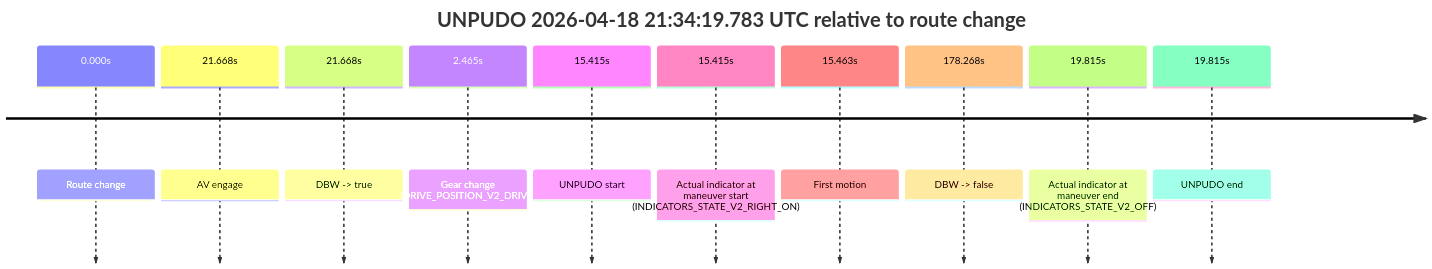
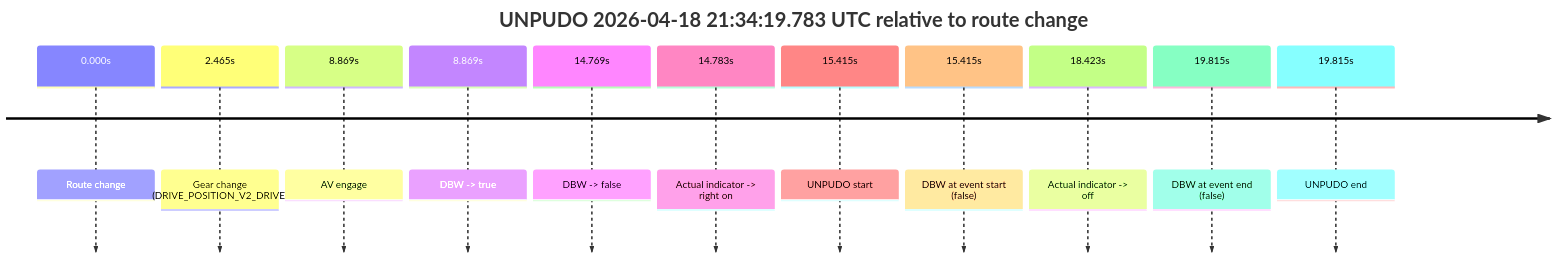
One commit to yoelshapiro/vault changed the second of 3 diagrams in model_analysis/report_cards/2026/04/Week-3/fme20018--2026-04-18--20-42-56--gen2-av-af145dd8-fa51-47ca-aac1-2b720e2d7a5c.md. Above: the diagram before and after it, drawn with Mermaid. The commit also changed other lines of this file and 41 other files, not shown here.

````diff
--- a/model_analysis/report_cards/2026/04/Week-3/fme20018--2026-04-18--20-42-56--gen2-av-af145dd8-fa51-47ca-aac1-2b720e2d7a5c.md
+++ b/model_analysis/report_cards/2026/04/Week-3/fme20018--2026-04-18--20-42-56--gen2-av-af145dd8-fa51-47ca-aac1-2b720e2d7a5c.md
@@ -473,14 +141,15 @@
 ```mermaid
 timeline
     title UNPUDO 2026-04-18 21:34:19.783 UTC relative to route change
     0.000s : Route change
-    21.668s : AV engage
-    21.668s : DBW -> true
     2.465s : Gear change (DRIVE_POSITION_V2_DRIVE)
+    8.869s : AV engage
+    8.869s : DBW -> true
+    14.769s : DBW -> false
+    14.783s : Actual indicator -> right on
     15.415s : UNPUDO start
-    15.415s : Actual indicator at maneuver start (INDICATORS_STATE_V2_RIGHT_ON)
-    15.463s : First motion
-    178.268s : DBW -> false
-    19.815s : Actual indicator at maneuver end (INDICATORS_STATE_V2_OFF)
+    15.415s : DBW at event start (false)
+    18.423s : Actual indicator -> off
+    19.815s : DBW at event end (false)
     19.815s : UNPUDO end
 ```
````
